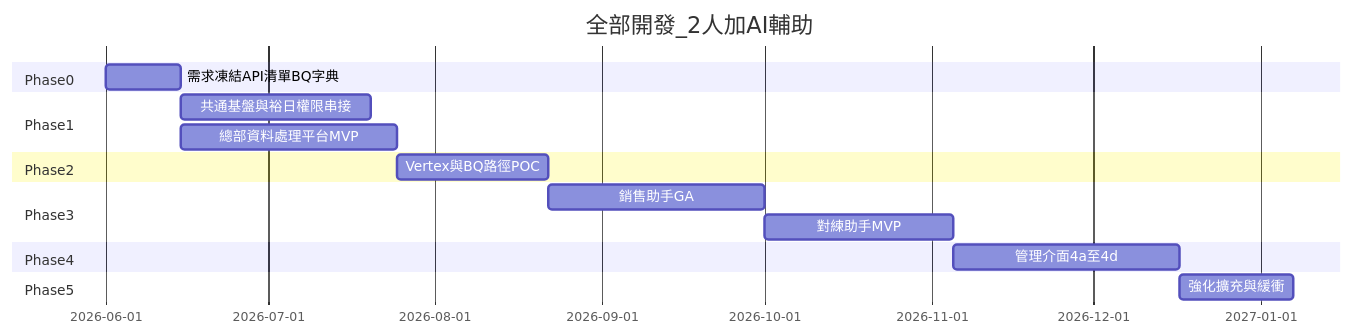
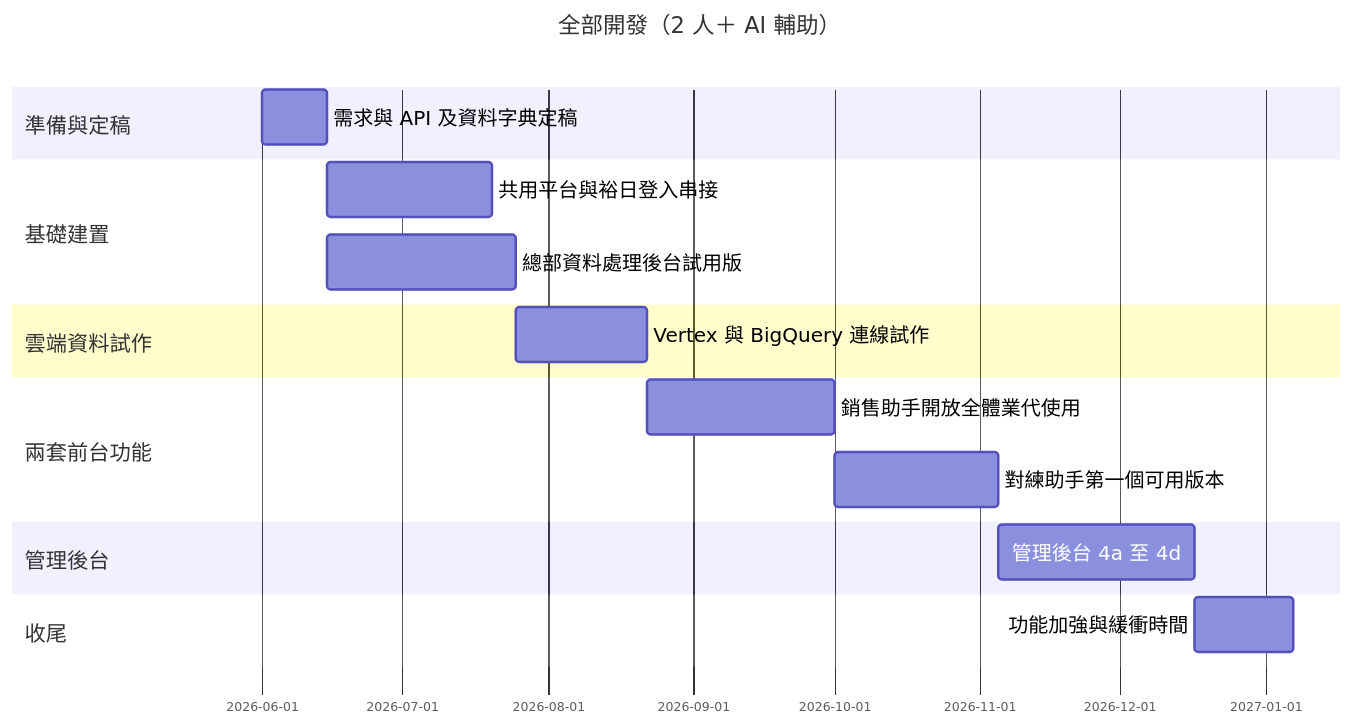
One commit to humtersiso/YNM_Sales_AI_Coach changed the first of 2 diagrams in PROJECT_SCOPE_SALES_TRAINING.md. Above: the diagram before and after it, drawn with Mermaid. The commit also changed other lines of this file, not shown here.

````diff
--- a/PROJECT_SCOPE_SALES_TRAINING.md
+++ b/PROJECT_SCOPE_SALES_TRAINING.md
@@ -128,19 +129,20 @@
 ```mermaid
+%%{init: { "gantt": { "barHeight": 44, "barGap": 14, "fontSize": 16, "sectionFontSize": 17, "topPadding": 70, "leftPadding": 200, "gridLineStartPadding": 50 } } }%%
 gantt
-title 全部開發_2人加AI輔助
+title 全部開發（2 人＋ AI 輔助）
 dateFormat YYYY-MM-DD
-section Phase0
-需求凍結API清單BQ字典 :p0, 2026-06-01, 14d
-section Phase1
-共通基盤與裕日權限串接 :p1, after p0, 35d
-總部資料處理平台MVP :p1b, after p0, 40d
-section Phase2
-Vertex與BQ路徑POC :p2, after p1b, 28d
-section Phase3
-銷售助手GA :p3a, after p2, 40d
-對練助手MVP :p3b, after p3a, 35d
-section Phase4
-管理介面4a至4d :p4, after p3b, 42d
-section Phase5
-強化擴充與緩衝 :p5, after p4, 21d
+section 準備與定稿
+需求與 API 及資料字典定稿 :p0, 2026-06-01, 14d
+section 基礎建置
+共用平台與裕日登入串接 :p1, after p0, 35d
+總部資料處理後台試用版 :p1b, after p0, 40d
+section 雲端資料試作
+Vertex 與 BigQuery 連線試作 :p2, after p1b, 28d
+section 兩套前台功能
+銷售助手開放全體業代使用 :p3a, after p2, 40d
+對練助手第一個可用版本 :p3b, after p3a, 35d
+section 管理後台
+管理後台 4a 至 4d :p4, after p3b, 42d
+section 收尾
+功能加強與緩衝時間 :p5, after p4, 21d
 ```
````
